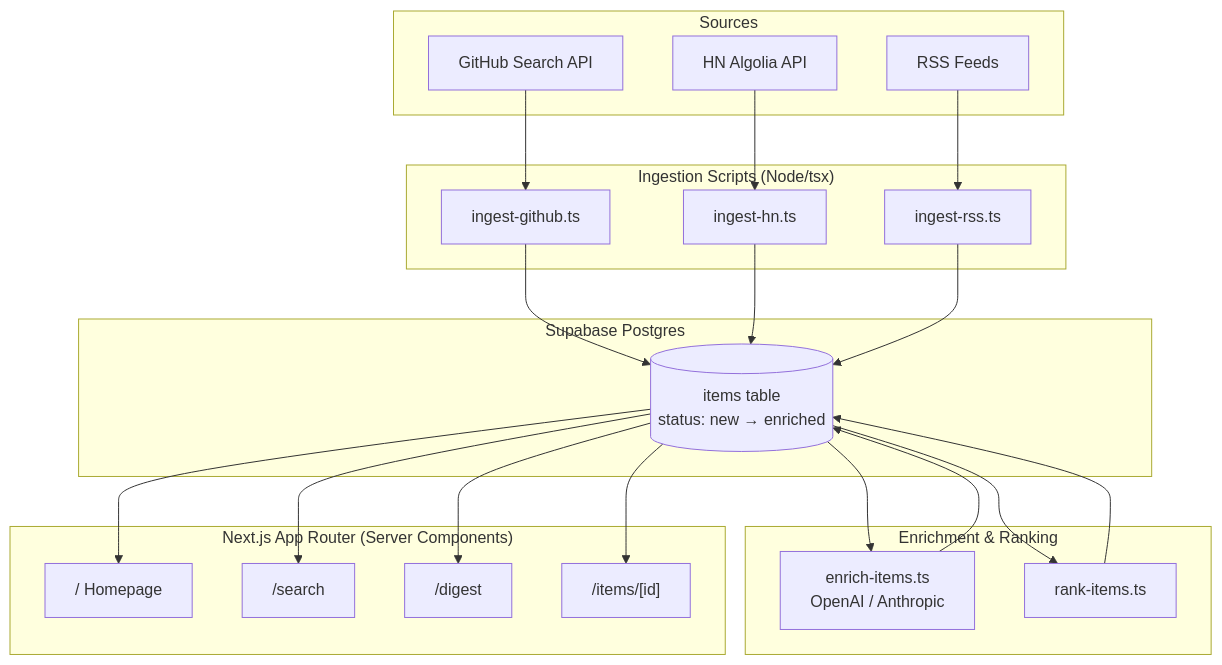
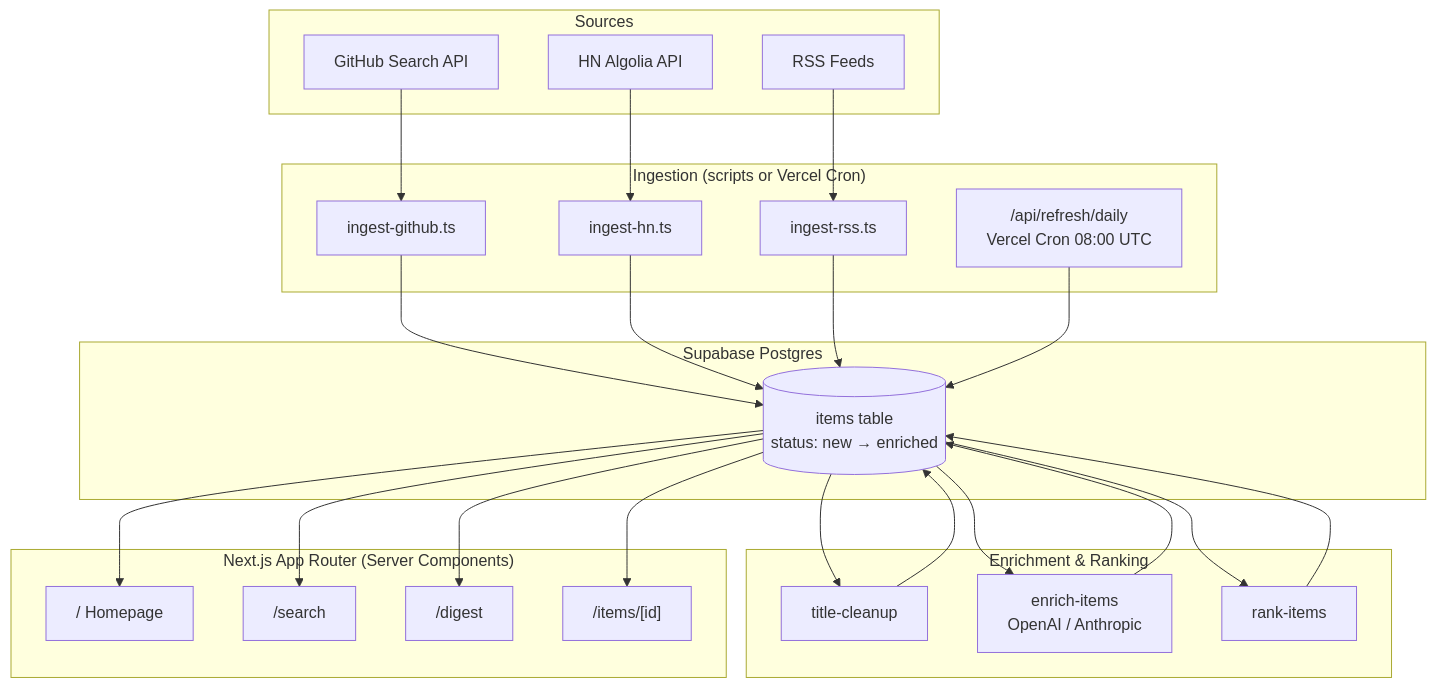
One commit to jrzh0714/agentradar changed the diagram in README.md. Above: the diagram before and after it, drawn with Mermaid. The commit also changed other lines of this file and 3 other files, not shown here.

First line of the commit message:
docs: update README and docs for daily refresh, title pipeline, and advanced search

````diff
--- a/README.md
+++ b/README.md
@@ -34,40 +35,44 @@
 ```mermaid
 graph TD
     subgraph Sources
         GH[GitHub Search API]
         HN[HN Algolia API]
         RSS[RSS Feeds]
     end
 
-    subgraph Ingestion ["Ingestion Scripts (Node/tsx)"]
+    subgraph Ingestion ["Ingestion (scripts or Vercel Cron)"]
         IG[ingest-github.ts]
         IH[ingest-hn.ts]
         IR[ingest-rss.ts]
+        CR["/api/refresh/daily<br/>Vercel Cron 08:00 UTC"]
     end
 
     subgraph Pipeline ["Enrichment & Ranking"]
-        EN["enrich-items.ts<br/>OpenAI / Anthropic"]
-        RK[rank-items.ts]
+        TC[title-cleanup]
+        EN["enrich-items<br/>OpenAI / Anthropic"]
+        RK[rank-items]
     end
 
     subgraph DB [Supabase Postgres]
         IT[("items table<br/>status: new → enriched")]
     end
 
     subgraph App ["Next.js App Router (Server Components)"]
         HP["/ Homepage"]
         SP["/search"]
         DP["/digest"]
         IP["/items/[id]"]
     end
 
     GH --> IG --> IT
     HN --> IH --> IT
     RSS --> IR --> IT
+    CR --> IT
+    IT --> TC --> IT
     IT --> EN --> IT
     IT --> RK --> IT
     IT --> HP
     IT --> SP
     IT --> DP
     IT --> IP
 ```
````
